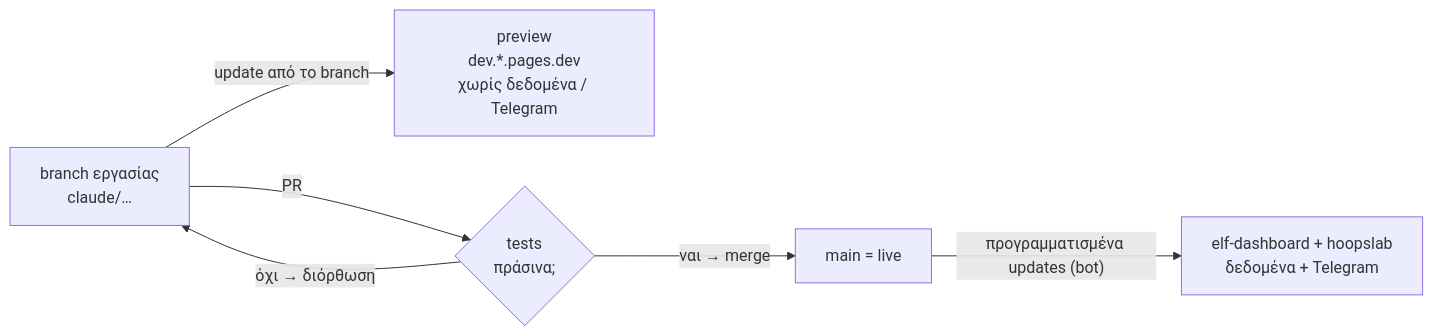
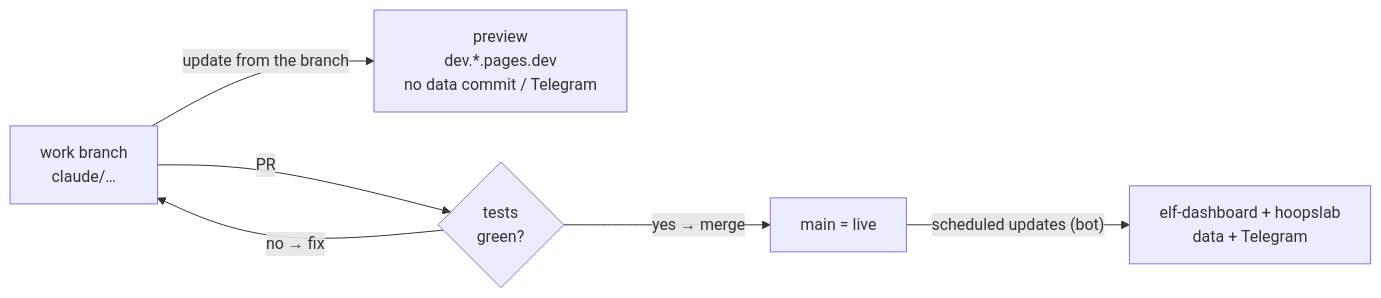
The second of 2 diagrams in README.md (VaGlar/Euroleague-Fantasy-Challenge), drawn with Mermaid before and after one commit. The commit also changed other lines of this file and 18 other files, not shown here.

````diff
--- a/README.md
+++ b/README.md
@@ -49,8 +52,8 @@
 ```mermaid
 flowchart LR
-  W["branch εργασίας<br/>claude/…"] -- "update από το branch" --> PRE["preview<br/>dev.*.pages.dev<br/>χωρίς δεδομένα / Telegram"]
-  W -- "PR" --> T{"tests<br/>πράσινα;"}
-  T -- "ναι → merge" --> M["main = live"]
-  T -- "όχι → διόρθωση" --> W
-  M -- "προγραμματισμένα updates (bot)" --> LIVE["elf-dashboard + hoopslab<br/>δεδομένα + Telegram"]
+  W["work branch<br/>claude/…"] -- "update from the branch" --> PRE["preview<br/>dev.*.pages.dev<br/>no data commit / Telegram"]
+  W -- "PR" --> T{"tests<br/>green?"}
+  T -- "yes → merge" --> M["main = live"]
+  T -- "no → fix" --> W
+  M -- "scheduled updates (bot)" --> LIVE["elf-dashboard + hoopslab<br/>data + Telegram"]
 ```
````
